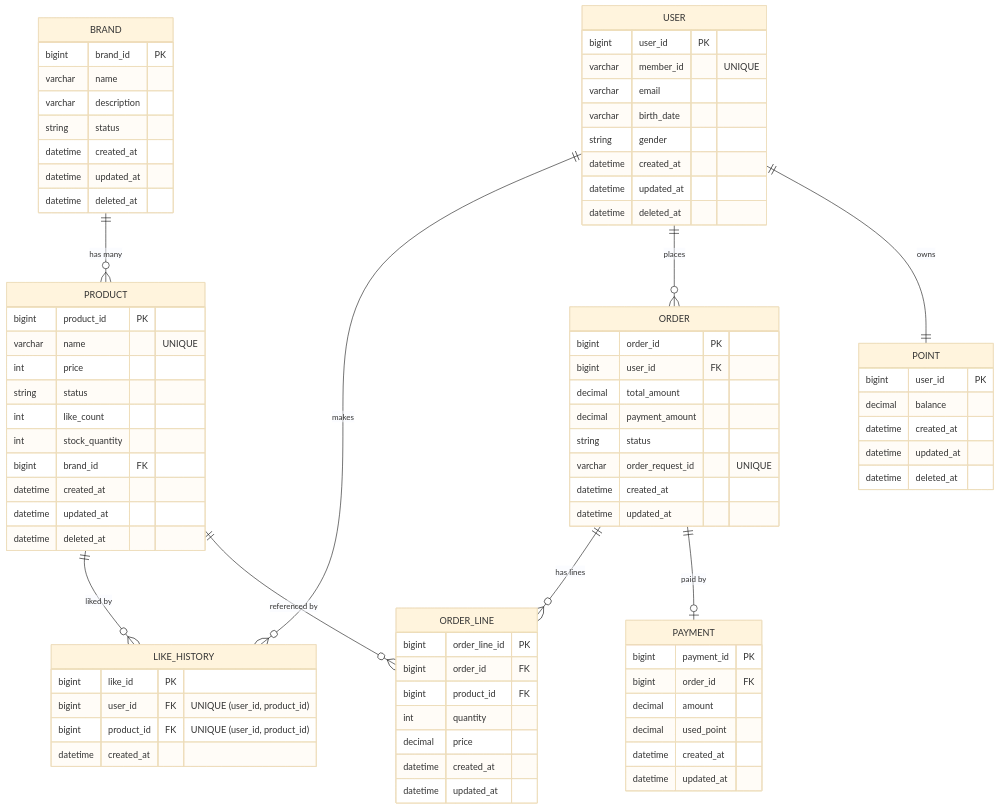
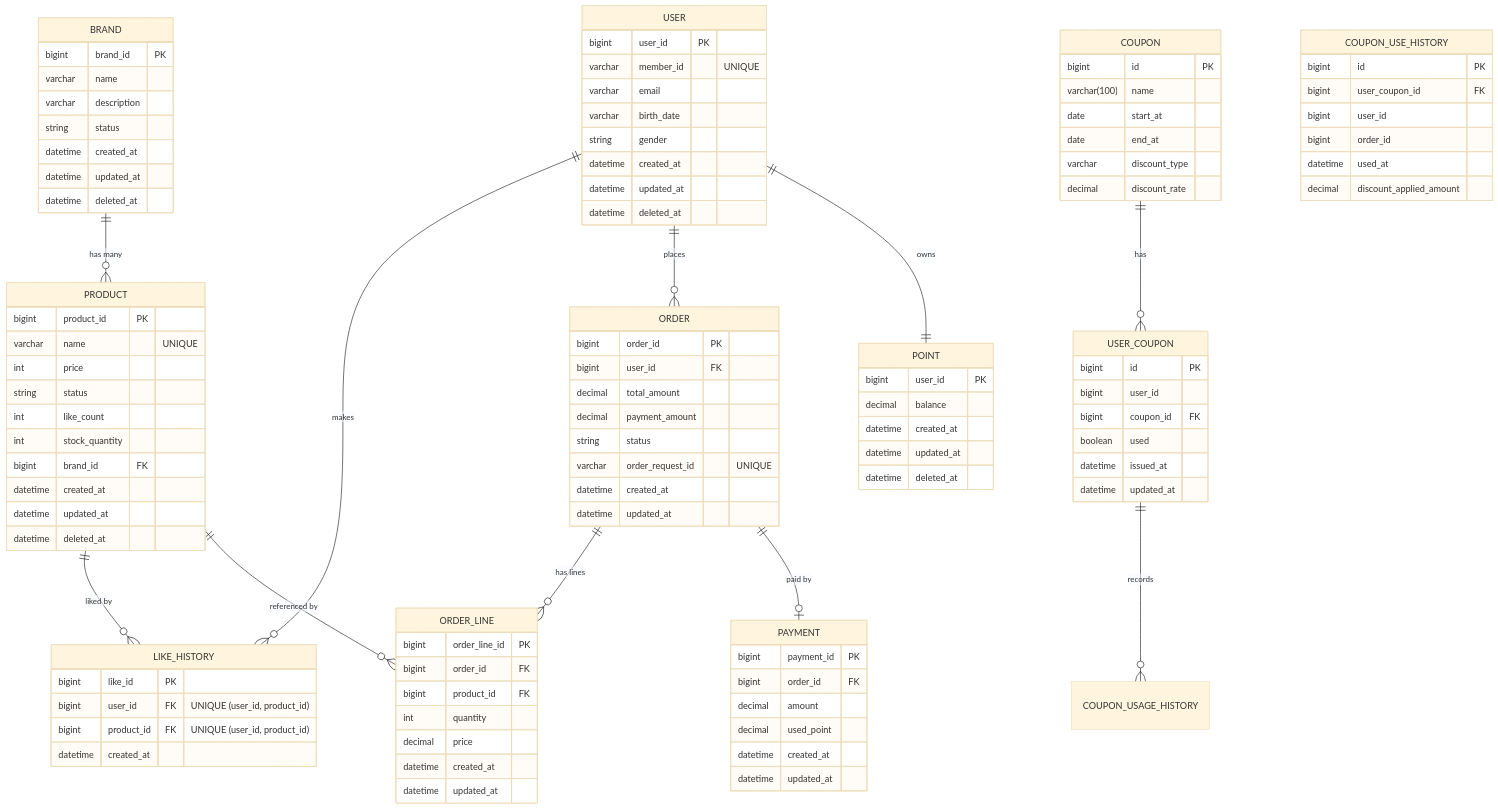
The diagram in docs/design/04-erd.md (mybloom/commerce-api), drawn with Mermaid (base theme) before and after one commit. The commit also changed 7 other files, not shown here.

````diff
--- a/docs/design/04-erd.md
+++ b/docs/design/04-erd.md
@@ -107,6 +107,37 @@
 }
 
 %% =========================
+%% coupon
+%% =========================
+COUPON {
+    bigint id PK
+    varchar(100) name
+    date start_at
+    date end_at
+    varchar discount_type
+    decimal discount_rate
+}
+
+USER_COUPON {
+    bigint id PK
+    bigint user_id
+    bigint coupon_id FK
+    boolean used   
+    datetime issued_at
+    datetime updated_at
+}
+
+COUPON_USE_HISTORY {
+    bigint id PK
+    bigint user_coupon_id FK
+    bigint user_id
+    bigint order_id
+    datetime used_at
+    decimal discount_applied_amount
+}
+
+
+%% =========================
 %% 관계
 %% =========================
 BRAND ||--o{ PRODUCT : "has many"
@@ -117,5 +148,7 @@
 ORDER ||--o| PAYMENT : "paid by"
 USER ||--o{ ORDER : "places"
 USER ||--|| POINT : "owns"
+COUPON ||--o{ USER_COUPON : "has"
+USER_COUPON ||--o{ COUPON_USAGE_HISTORY : "records"
 
 ```
````
